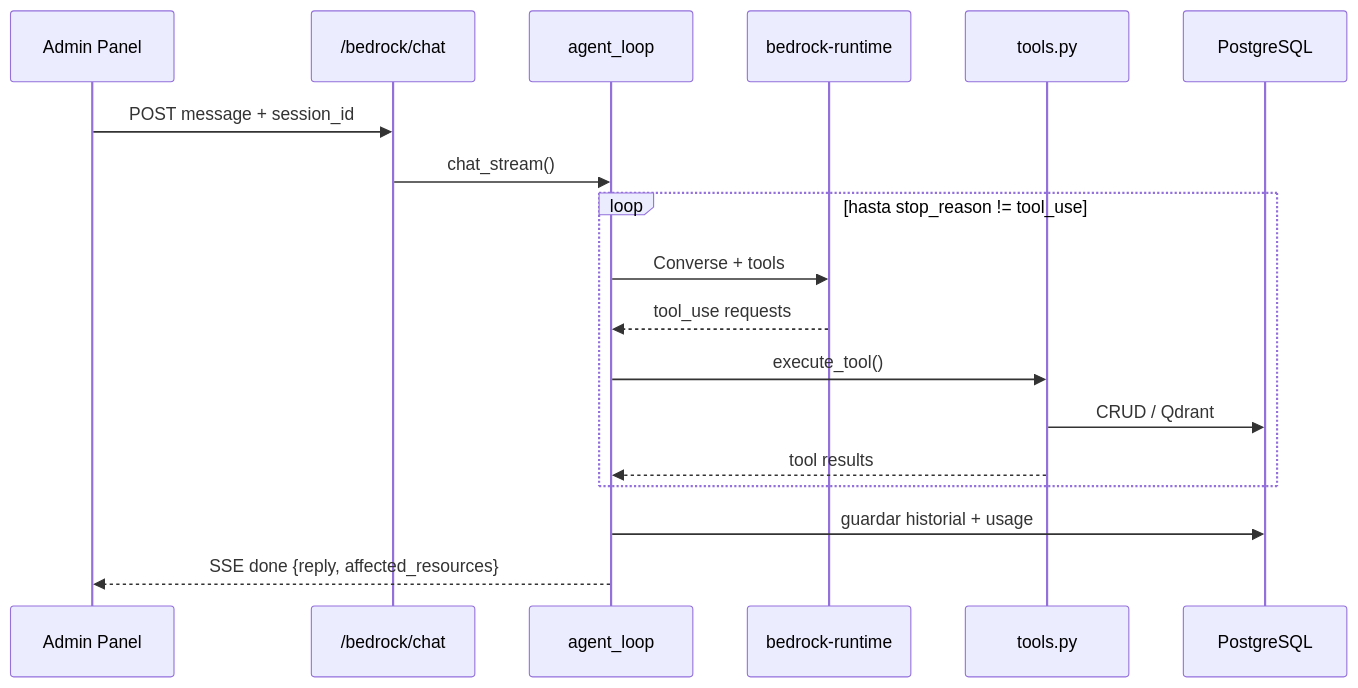
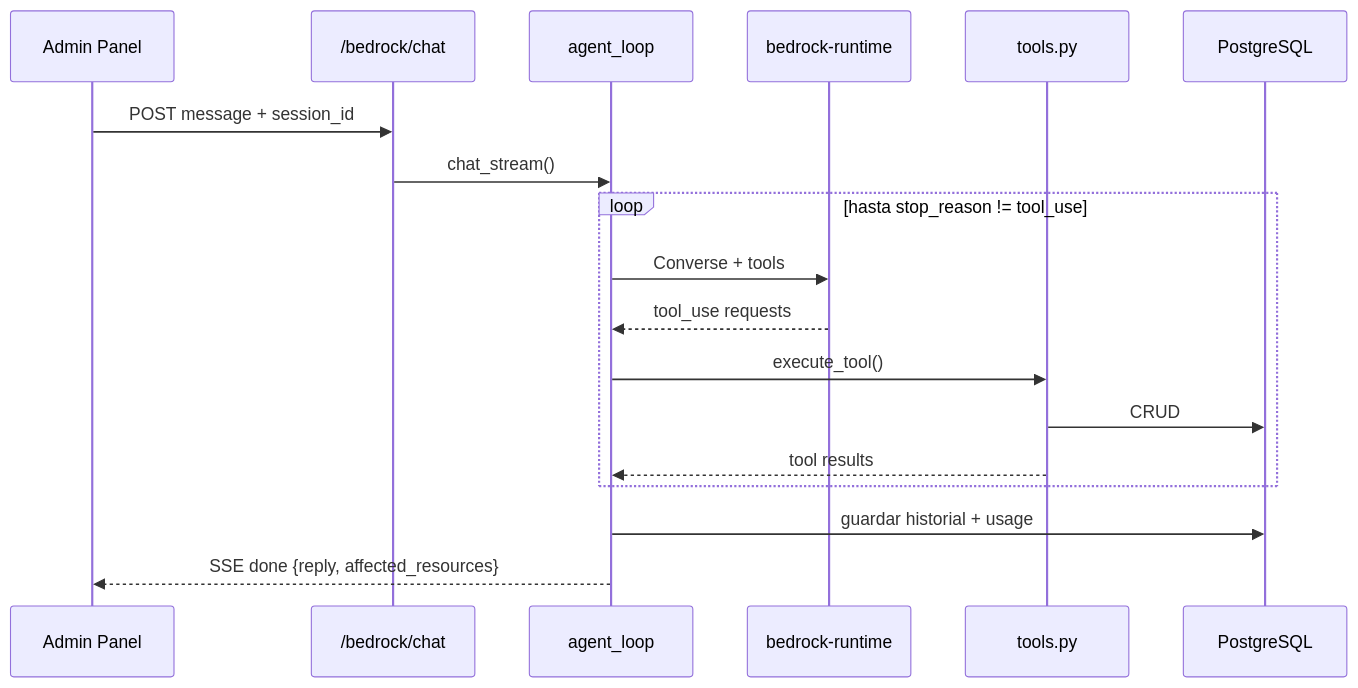
The fifth of 5 diagrams in cjhirashi-career-api/docs/ARCHITECTURE.md (cjhirashi/cjhirashi-career), drawn with Mermaid before and after one commit. The commit also changed other lines of this file and 81 other files, not shown here.

````diff
--- a/cjhirashi-career-api/docs/ARCHITECTURE.md
+++ b/cjhirashi-career-api/docs/ARCHITECTURE.md
@@ -260,21 +256,21 @@
 ```mermaid
 sequenceDiagram
     participant A as Admin Panel
     participant R as /bedrock/chat
     participant L as agent_loop
     participant AWS as bedrock-runtime
     participant T as tools.py
     participant DB as PostgreSQL
 
     A->>R: POST message + session_id
     R->>L: chat_stream()
     loop hasta stop_reason != tool_use
         L->>AWS: Converse + tools
         AWS-->>L: tool_use requests
         L->>T: execute_tool()
-        T->>DB: CRUD / Qdrant
+        T->>DB: CRUD
         T-->>L: tool results
     end
     L->>DB: guardar historial + usage
     L-->>A: SSE done {reply, affected_resources}
 ```
````
